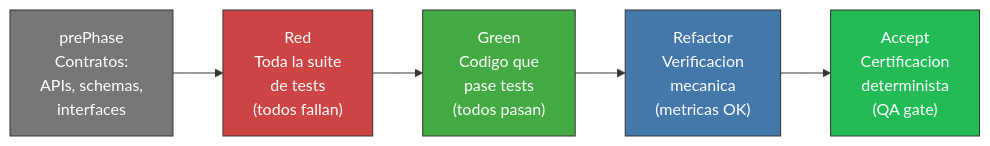
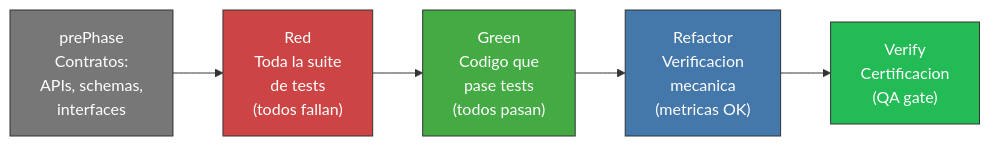
One commit to virgenherrera/virgil changed diagram 38 of 48 in principia/overview.md. Above: the diagram before and after it, drawn with Mermaid. The commit also changed other lines of this file, not shown here.

````diff
--- a/principia/overview.md
+++ b/principia/overview.md
@@ -1297,16 +1432,16 @@
 ```mermaid
 flowchart LR
     PRE["prePhase\nContratos:\nAPIs, schemas,\ninterfaces"]
     RED["Red\nToda la suite\nde tests\n(todos fallan)"]
     GREEN["Green\nCodigo que\npase tests\n(todos pasan)"]
     REFACTOR["Refactor\nVerificacion\nmecanica\n(metricas OK)"]
-    ACCEPT["Accept\nCertificacion\ndeterminista\n(QA gate)"]
+    VERIFY["Verify\nCertificacion\n(QA gate)"]
 
-    PRE --> RED --> GREEN --> REFACTOR --> ACCEPT
+    PRE --> RED --> GREEN --> REFACTOR --> VERIFY
 
     style PRE fill:#777,stroke:#333,color:#fff
     style RED fill:#c44,stroke:#333,color:#fff
     style GREEN fill:#4a4,stroke:#333,color:#fff
     style REFACTOR fill:#47a,stroke:#333,color:#fff
-    style ACCEPT fill:#2b5,stroke:#333,color:#fff
+    style VERIFY fill:#2b5,stroke:#333,color:#fff
 ```
````
